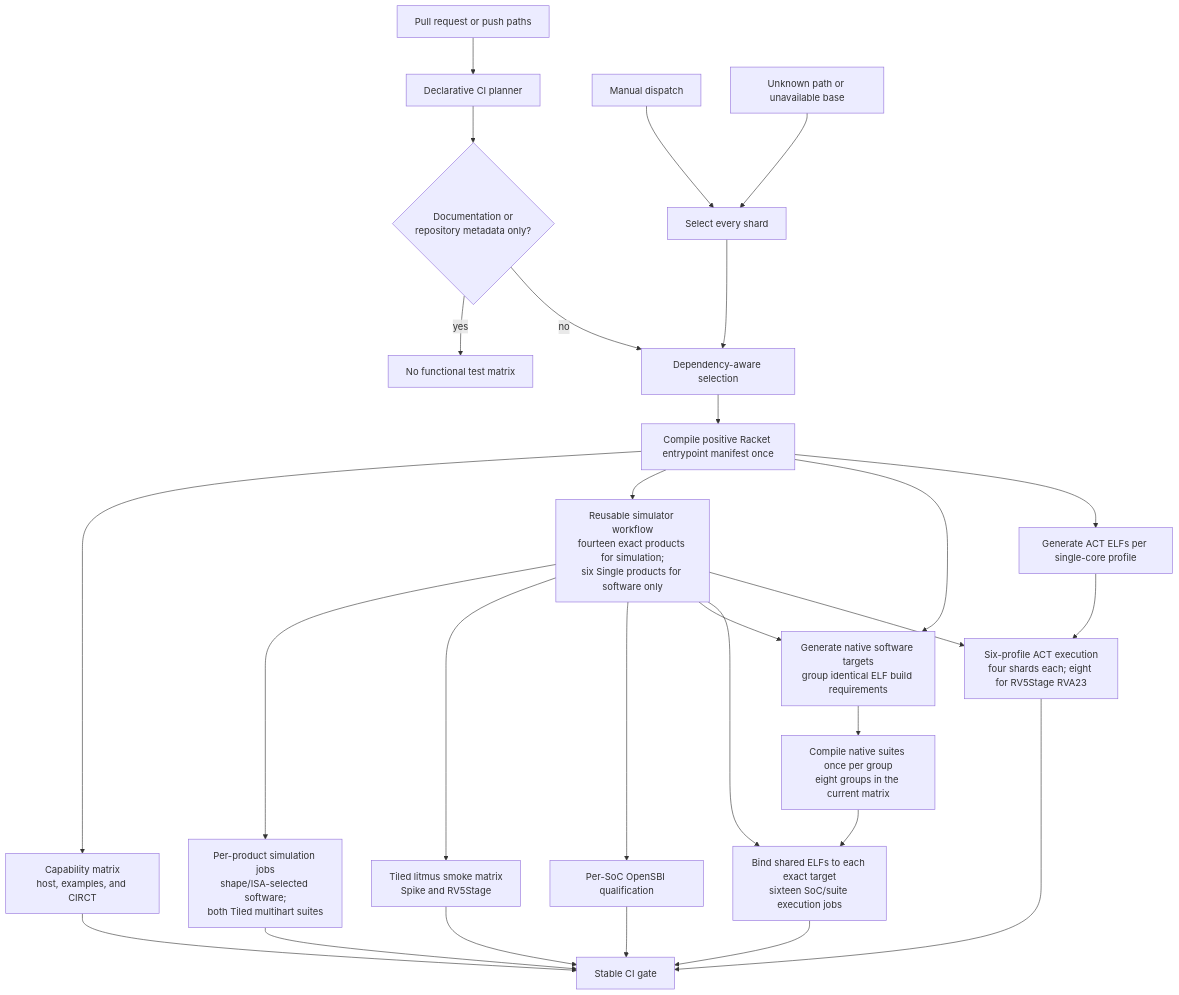
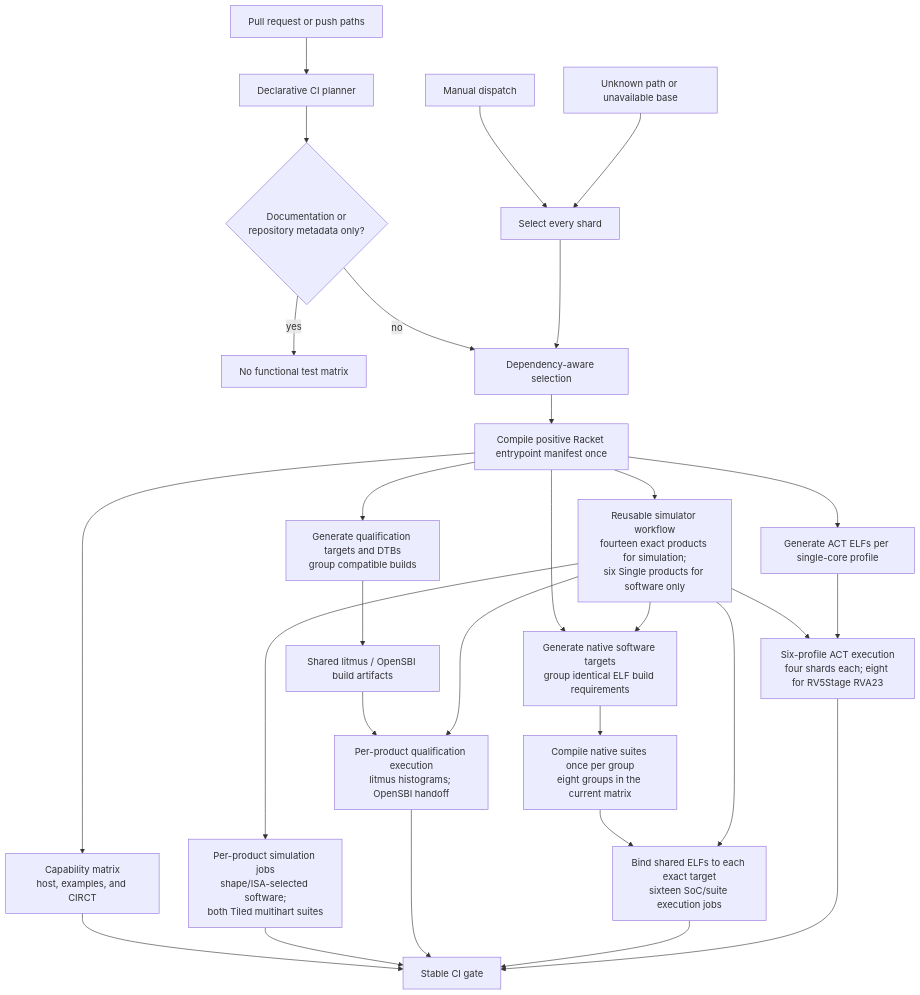
One commit to jerryz123/rhodium changed the diagram in tools/testing/DEVELOPING.md. Above: the diagram before and after it, drawn with Mermaid. The commit also changed other lines of this file and 19 other files, not shown here.

Commit message:
clean up sbi/litmus in ci

````diff
--- a/tools/testing/DEVELOPING.md
+++ b/tools/testing/DEVELOPING.md
@@ -98,30 +98,31 @@
 ```mermaid
 flowchart TD
     Changes["Pull request or push paths"] --> Classifier["Declarative CI planner"]
     Manual["Manual dispatch"] --> All["Select every shard"]
     Unknown["Unknown path or unavailable base"] --> All
     Classifier --> Docs{"Documentation or<br/>repository metadata only?"}
     Docs -->|yes| None["No functional test matrix"]
     Docs -->|no| Selected["Dependency-aware selection"]
     All --> Selected
     Selected --> Compile["Compile positive Racket entrypoint manifest once"]
     Compile --> Checks["Capability matrix<br/>host, examples, and CIRCT"]
     Compile --> Simulators["Reusable simulator workflow<br/>fourteen exact products for simulation;<br/>six Single products for software only"]
     Simulators --> Simulation["Per-product simulation jobs<br/>shape/ISA-selected software;<br/>both Tiled multihart suites"]
-    Simulators --> LitmusSmoke["Tiled litmus smoke matrix<br/>Spike and RV5Stage"]
-    Simulators --> Qualification["Per-SoC OpenSBI qualification"]
+    Compile --> QualificationTargets["Generate qualification targets and DTBs<br/>group compatible builds"]
+    QualificationTargets --> QualificationBuilds["Shared litmus / OpenSBI build artifacts"]
+    QualificationBuilds --> Qualification["Per-product qualification execution<br/>litmus histograms; OpenSBI handoff"]
+    Simulators --> Qualification
     Compile --> ProgramTargets["Generate native software targets<br/>group identical ELF build requirements"]
     Simulators --> ProgramTargets
     ProgramTargets --> ProgramBuilds["Compile native suites once per group<br/>eight groups in the current matrix"]
     ProgramBuilds --> Programs["Bind shared ELFs to each exact target<br/>sixteen SoC/suite execution jobs"]
     Simulators --> Programs
     Compile --> ActBuild["Generate ACT ELFs per single-core profile"]
     Simulators --> ActRun["Six-profile ACT execution<br/>four shards each; eight for RV5Stage RVA23"]
     ActBuild --> ActRun
     Checks --> Gate["Stable CI gate"]
     Simulation --> Gate
-    LitmusSmoke --> Gate
     Qualification --> Gate
     Programs --> Gate
     ActRun --> Gate
 ```
````
